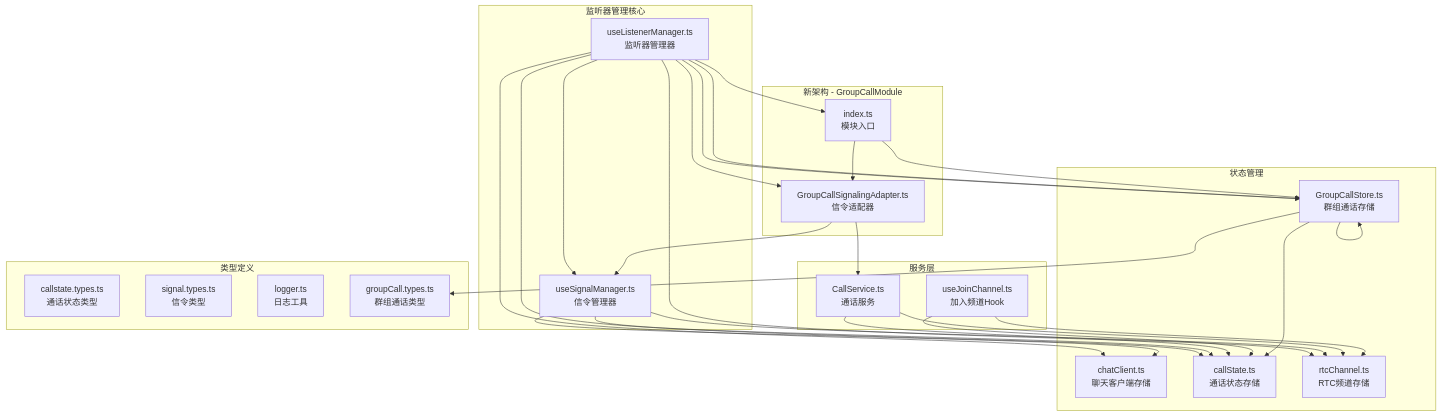
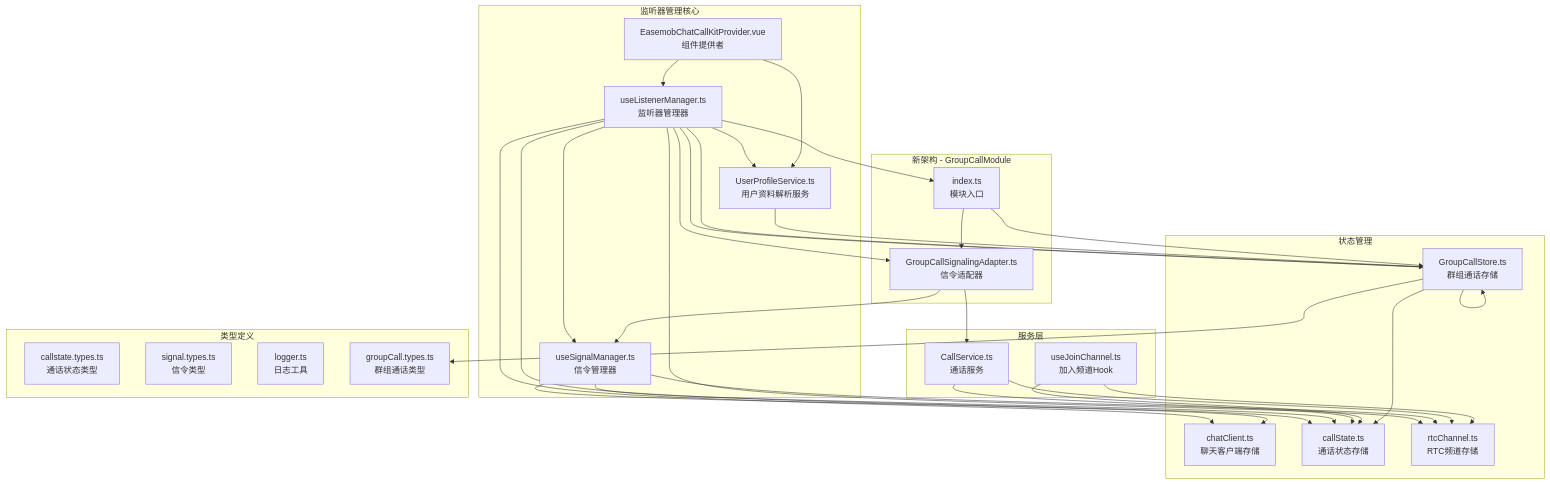
The first of 22 diagrams in .qoder/repowiki/zh/content/组合式 API/监听器管理 API.md (Easemob-Community/easemob-uikit-callkit-vue3), drawn with Mermaid before and after one commit. The commit also changed other lines of this file and 58 other files, not shown here.

````diff
--- a/.qoder/repowiki/zh/content/组合式 API/监听器管理 API.md
+++ b/.qoder/repowiki/zh/content/组合式 API/监听器管理 API.md
@@ -63,50 +74,56 @@
 ```mermaid
 graph TB
 subgraph "监听器管理核心"
 LM[useListenerManager.ts<br/>监听器管理器]
 SM[useSignalManager.ts<br/>信令管理器]
+UPS[UserProfileService.ts<br/>用户资料解析服务]
+ELM[EasemobChatCallKitProvider.vue<br/>组件提供者]
 end
 subgraph "状态管理"
 CS[chatClient.ts<br/>聊天客户端存储]
 CL[callState.ts<br/>通话状态存储]
 RC[rtcChannel.ts<br/>RTC频道存储]
 GCS[globalCall.ts<br/>全局通话存储]
 end
 subgraph "服务层"
 CSvc[CallService.ts<br/>通话服务]
 JC[useJoinChannel.ts<br/>加入频道Hook]
 end
 subgraph "新架构 - GroupCallModule"
 GCI[index.ts<br/>模块入口]
 GCS[GroupCallStore.ts<br/>群组通话存储]
 GSA[GroupCallSignalingAdapter.ts<br/>信令适配器]
 end
 subgraph "类型定义"
 CT[callstate.types.ts<br/>通话状态类型]
 ST[signal.types.ts<br/>信令类型]
 LG[logger.ts<br/>日志工具]
 GT[groupCall.types.ts<br/>群组通话类型]
 end
 LM --> SM
+LM --> UPS
 LM --> CS
 LM --> CL
 LM --> RC
 LM --> GCS
 SM --> CS
 SM --> CL
 SM --> RC
 CSvc --> CL
 CSvc --> RC
 JC --> CL
 JC --> RC
 LM --> GCI
 LM --> GCS
 LM --> GSA
 GCI --> GCS
 GCI --> GSA
 GSA --> CSvc
 GSA --> SM
 GCS --> CL
 GCS --> GCS
 GCS --> GT
+UPS --> GCS
+ELM --> LM
+ELM --> UPS
 ```
````
